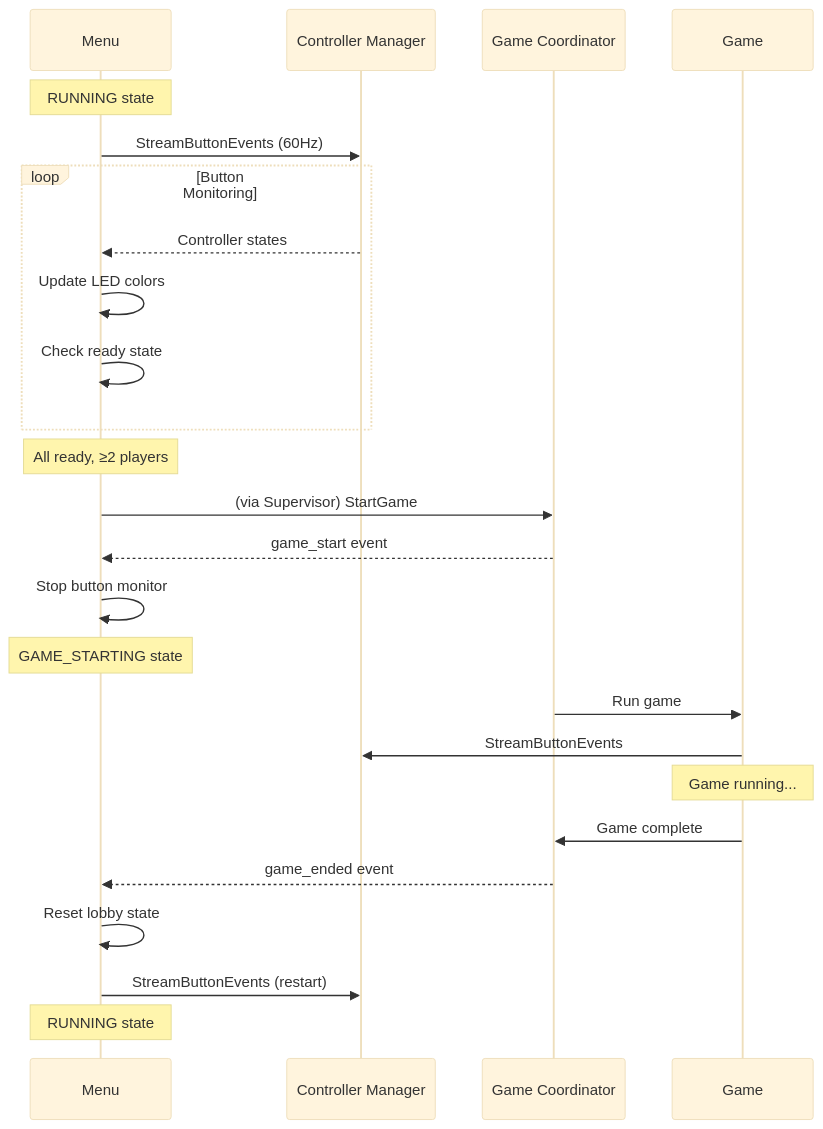
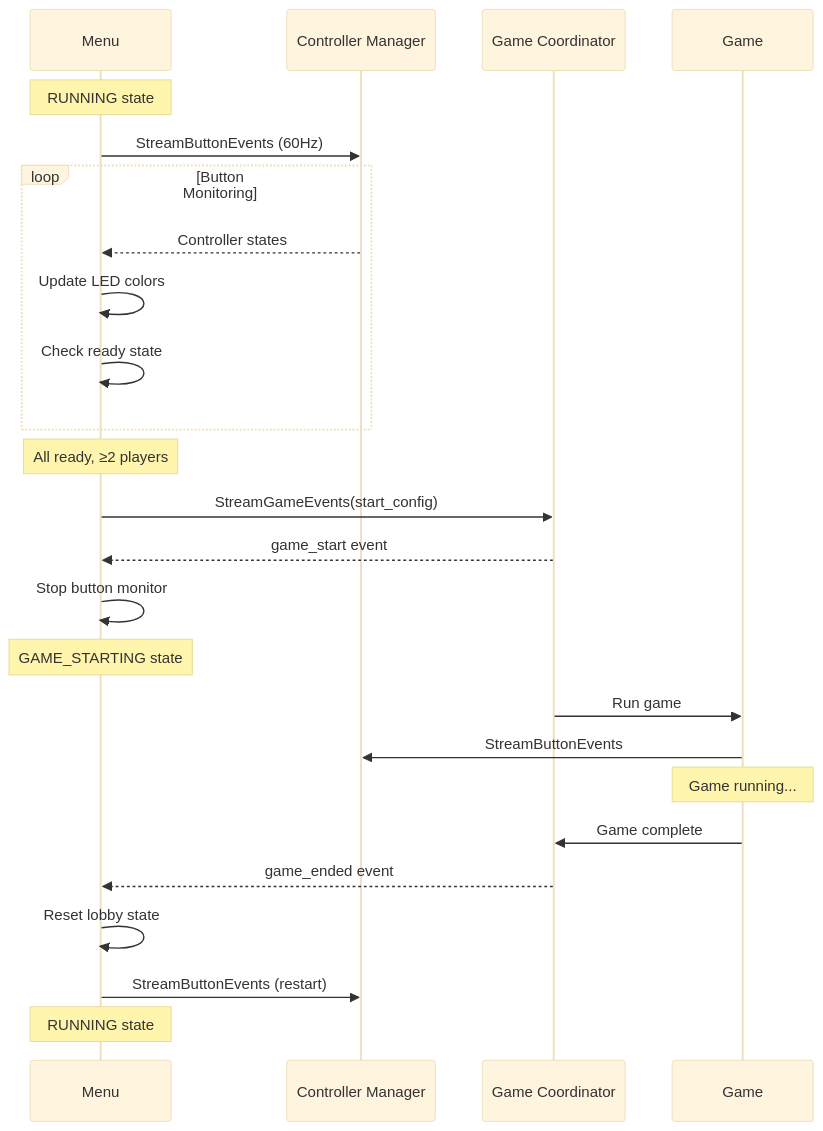
One commit to WatchMeJoustMyFlags/JoustMania changed the fifth of 5 diagrams in services/menu/README.md. Above: the diagram before and after it, drawn with Mermaid (base theme). The commit also changed other lines of this file and 13 other files, not shown here.

````diff
--- a/services/menu/README.md
+++ b/services/menu/README.md
@@ -250,35 +249,35 @@
 ```mermaid
 sequenceDiagram
     participant Menu
     participant CM as Controller Manager
     participant GC as Game Coordinator
     participant Game
 
     Note over Menu: RUNNING state
     Menu->>CM: StreamButtonEvents (60Hz)
 
     loop Button Monitoring
         CM-->>Menu: Controller states
         Menu->>Menu: Update LED colors
         Menu->>Menu: Check ready state
     end
 
     Note over Menu: All ready, ≥2 players
-    Menu->>GC: (via Supervisor) StartGame
+    Menu->>GC: StreamGameEvents(start_config)
 
     GC-->>Menu: game_start event
     Menu->>Menu: Stop button monitor
     Note over Menu: GAME_STARTING state
 
     GC->>Game: Run game
     Game->>CM: StreamButtonEvents
 
     Note over Game: Game running...
 
     Game->>GC: Game complete
     GC-->>Menu: game_ended event
 
     Menu->>Menu: Reset lobby state
     Menu->>CM: StreamButtonEvents (restart)
     Note over Menu: RUNNING state
 ```
````
